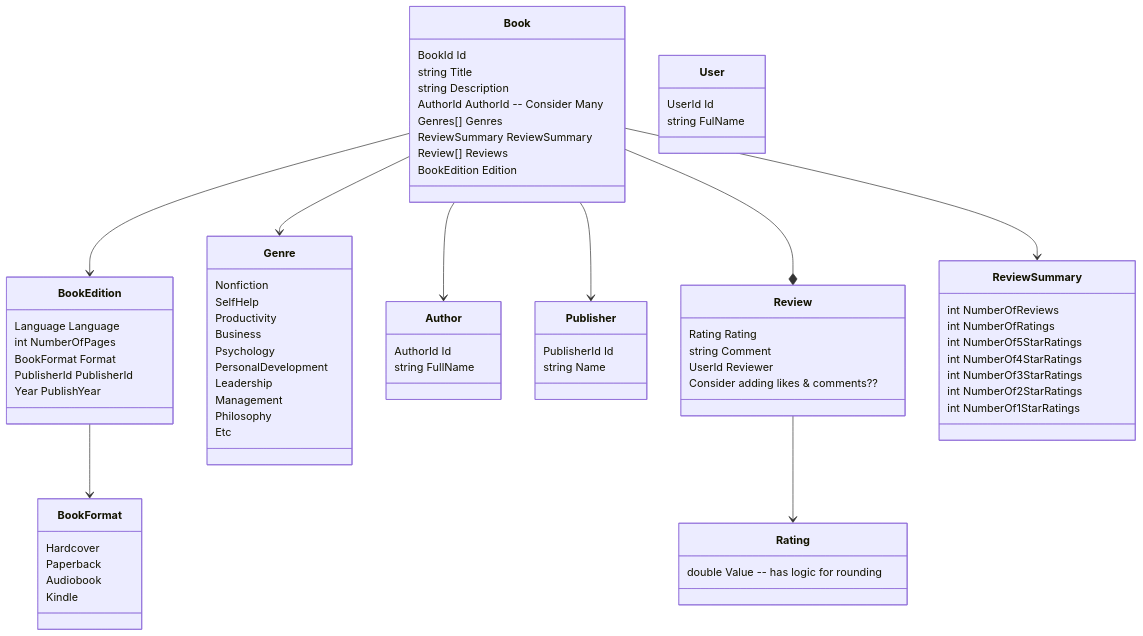
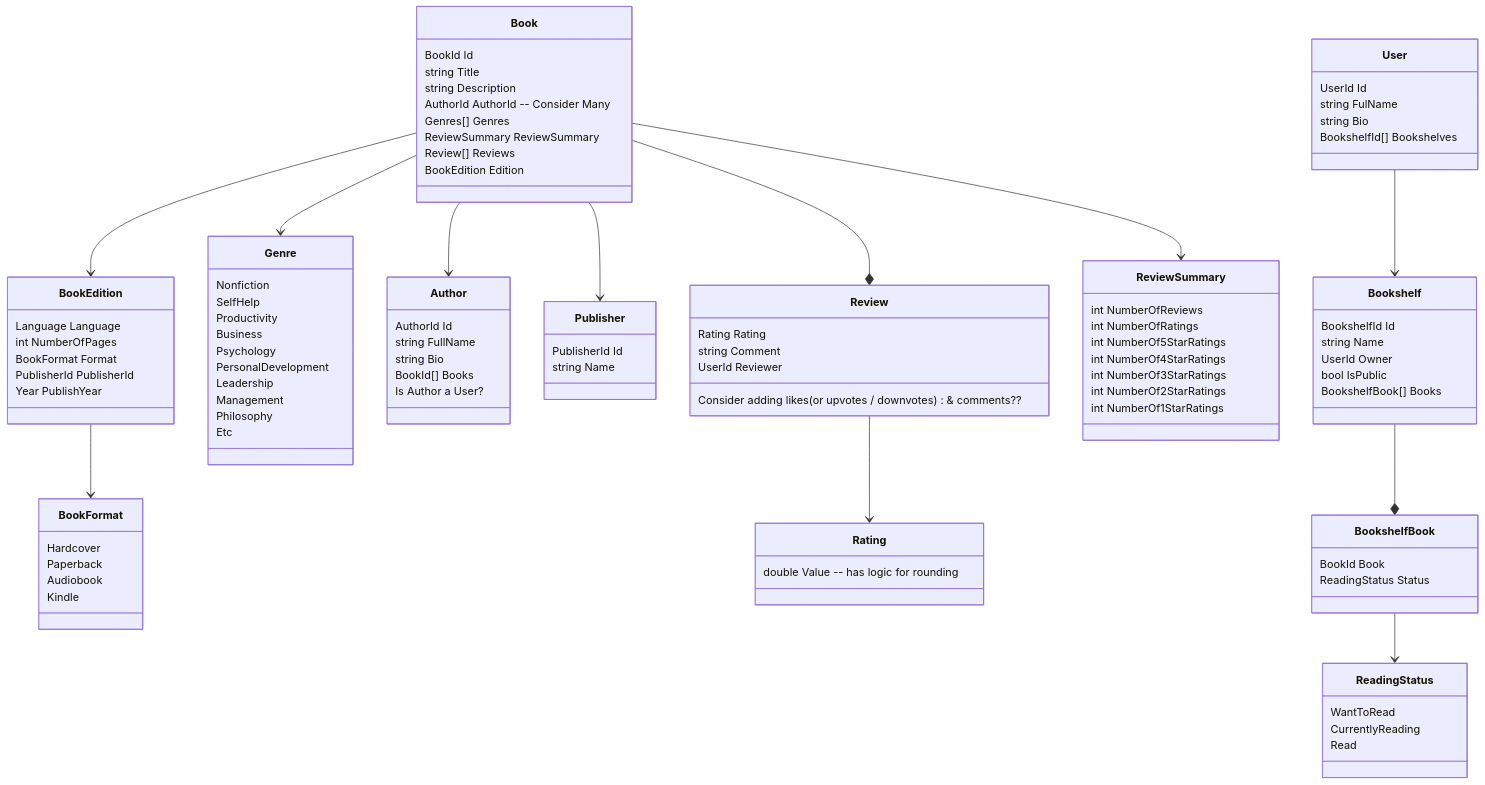
One commit to dejobratic/eudaimonia changed the diagram in README.md. Above: the diagram before and after it, drawn with Mermaid.

Commit message:
updated mermaid diagram;

```diff
--- a/README.md
+++ b/README.md
@@ -12,6 +12,12 @@
   BookEdition --> BookFormat
 
   Review --> Rating
+
+  User --> Bookshelf
+  
+  Bookshelf --* BookshelfBook
+
+  BookshelfBook --> ReadingStatus
 
 
   class Book {
@@ -67,7 +73,7 @@
     Rating Rating
     string Comment
     UserId Reviewer
-    Consider adding likes & comments??
+    Consider adding likes (or upvotes / downvotes) & comments??
   }
 
   class Rating {
@@ -77,13 +83,35 @@
   class User {
     UserId Id
     string FulName
+    string Bio
+    BookshelfId[] Bookshelves
   }
 
+  class Bookshelf {
+    BookshelfId Id
+    string Name
+    UserId Owner
+    bool IsPublic
+    BookshelfBook[] Books
+  }
+
+  class BookshelfBook {
+    BookId Book
+    ReadingStatus Status
+  }
+
+  class ReadingStatus {
+    WantToRead
+    CurrentlyReading
+    Read
+  }
 
   class Author {
     AuthorId Id
     string FullName
-    
+    string Bio
+    BookId[] Books
+    Is Author a User?
   }
 
   class Publisher {
```
